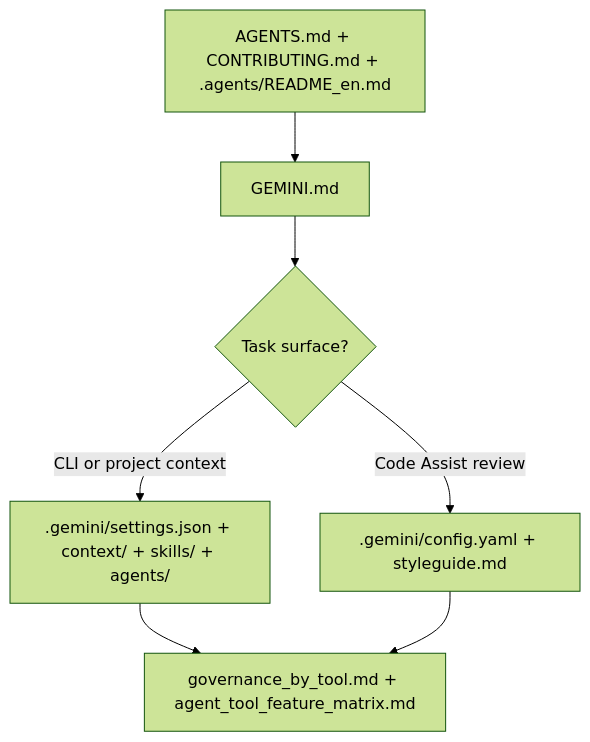
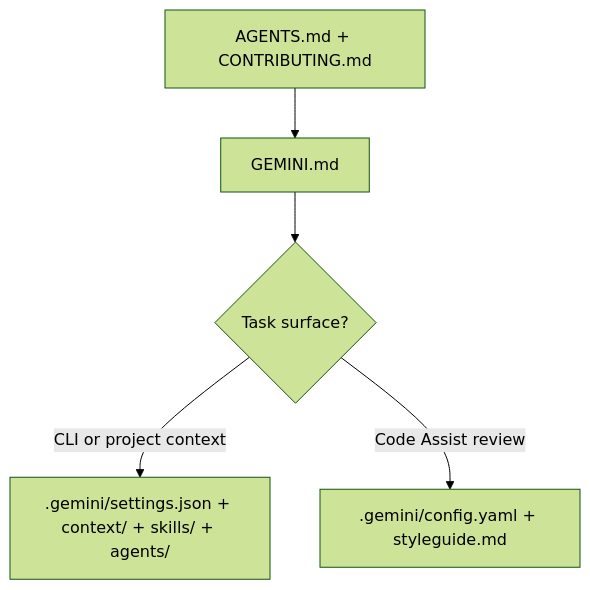
The diagram in GEMINI.md (ARUP-CAS/aiscr-webamcr), drawn with Mermaid (forest theme) before and after one commit. The commit also changed other lines of this file and 18 other files, not shown here.

````diff
--- a/GEMINI.md
+++ b/GEMINI.md
@@ -25,16 +23,13 @@
 ```mermaid
 flowchart TD
-  shared["AGENTS.md + CONTRIBUTING.md + .agents/README_en.md"]
+  shared["AGENTS.md + CONTRIBUTING.md"]
   entry["GEMINI.md"]
   task{"Task surface?"}
   cli[".gemini/settings.json + context/ + skills/ + agents/"]
   review[".gemini/config.yaml + styleguide.md"]
-  map["governance_by_tool.md + agent_tool_feature_matrix.md"]
 
   shared --> entry
   entry --> task
   task -->|CLI or project context| cli
   task -->|Code Assist review| review
-  cli --> map
-  review --> map
 ```
````
